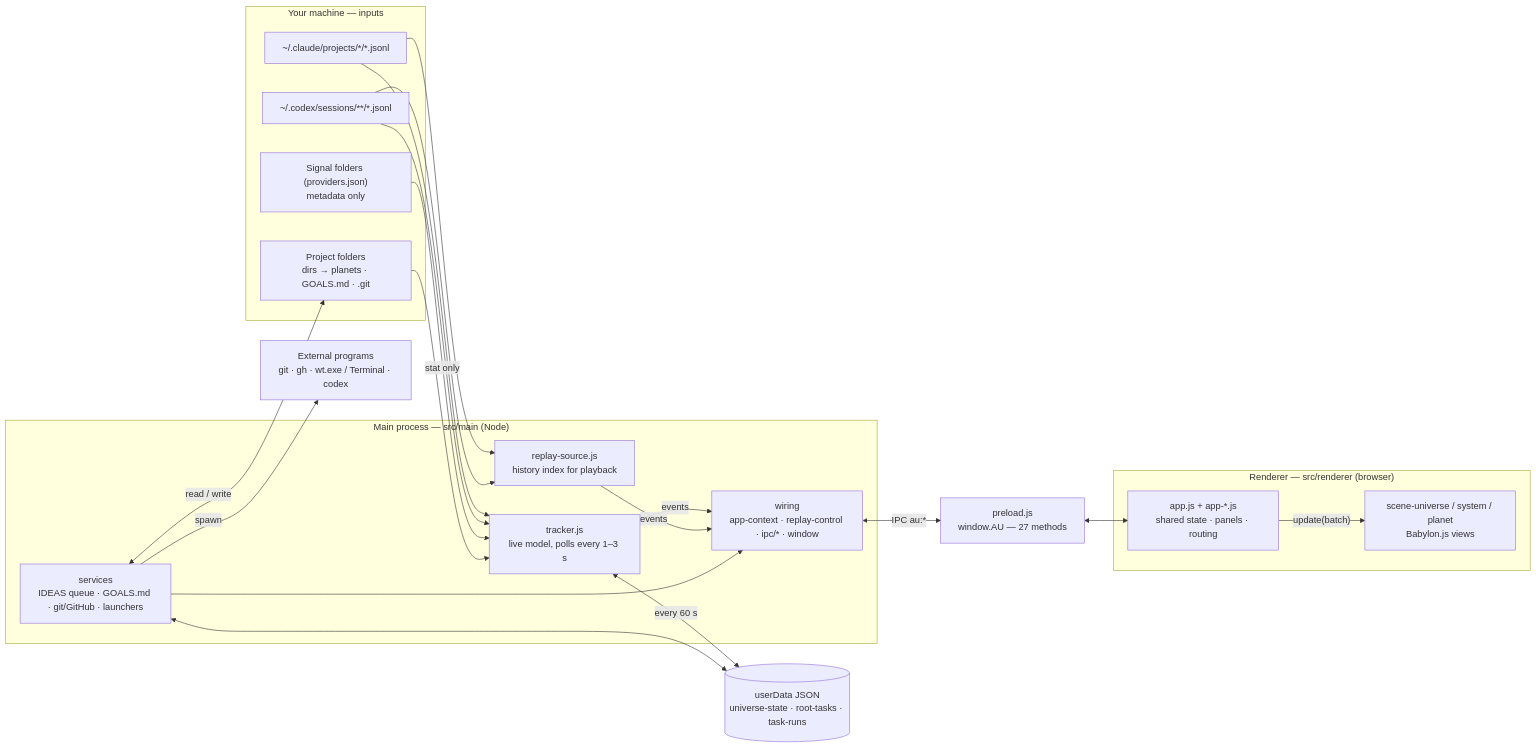
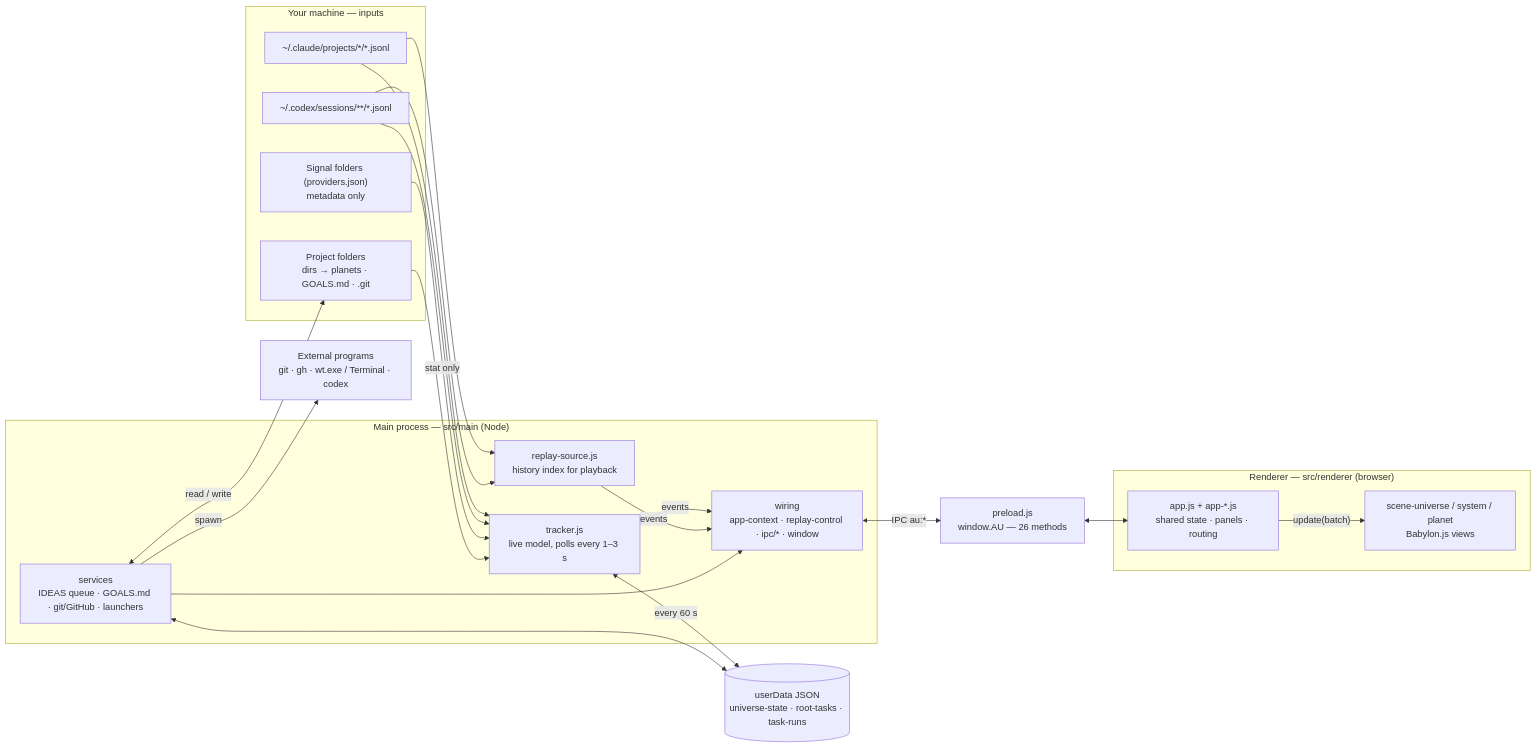
Before and after one commit to MatthewNorton/agent-orrery: the first of 4 diagrams in .docs/architecture.md, drawn with Mermaid. The commit also changed other lines of this file and 60 other files, not shown here.

````diff
--- a/.docs/architecture.md
+++ b/.docs/architecture.md
@@ -35,38 +35,38 @@
 ```mermaid
 flowchart LR
   subgraph Disk["Your machine — inputs"]
     CL["~/.claude/projects/*/*.jsonl"]
     CX["~/.codex/sessions/**/*.jsonl"]
     SG["Signal folders (providers.json)<br/>metadata only"]
     PD["Project folders<br/>dirs → planets · GOALS.md · .git"]
   end
   subgraph Main["Main process — src/main (Node)"]
     TR["tracker.js<br/>live model, polls every 1–3 s"]
     RS["replay-source.js<br/>history index for playback"]
     SV["services<br/>IDEAS queue · GOALS.md · git/GitHub · launchers"]
     WR["wiring<br/>app-context · replay-control · ipc/* · window"]
   end
-  BR["preload.js<br/>window.AU — 27 methods"]
+  BR["preload.js<br/>window.AU — 26 methods"]
   subgraph Ren["Renderer — src/renderer (browser)"]
     APP["app.js + app-*.js<br/>shared state · panels · routing"]
     VW["scene-universe / system / planet<br/>Babylon.js views"]
   end
   UD[("userData JSON<br/>universe-state · root-tasks · task-runs")]
   EXT["External programs<br/>git · gh · wt.exe / Terminal · codex"]
   CL --> TR
   CL --> RS
   CX --> TR
   CX --> RS
   SG -->|stat only| TR
   PD --> TR
   TR -->|events| WR
   RS -->|events| WR
   SV --> WR
   SV <-->|read / write| PD
   SV -->|spawn| EXT
   TR <-->|every 60 s| UD
   SV <--> UD
   WR <-->|"IPC au:*"| BR
   BR <--> APP
   APP -->|"update(batch)"| VW
 ```
````
